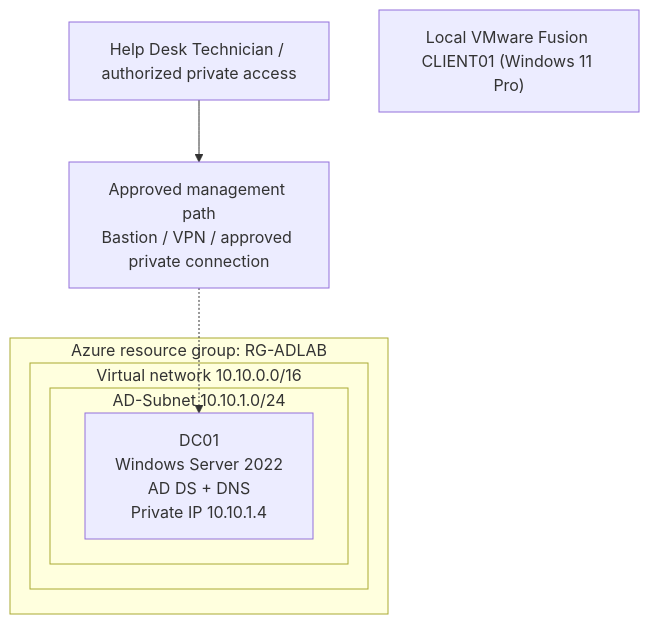
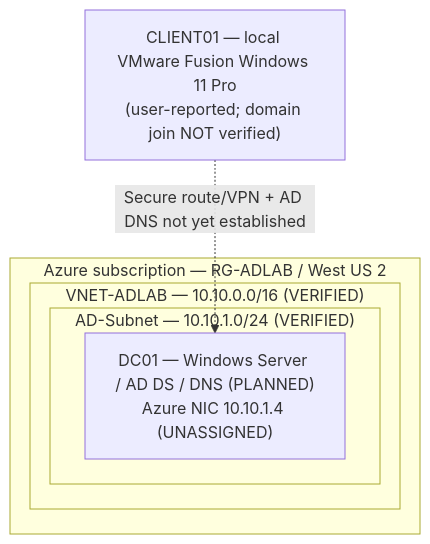
The diagram in README.md (dbates91/azure-virtual-network-foundations), drawn with Mermaid before and after one commit. The commit also changed other lines of this file and 4 other files, not shown here.

Commit message:
docs: update README with verified Azure networking and screenshot evidence

````diff
--- a/README.md
+++ b/README.md
@@ -24,14 +56,12 @@
 ```mermaid
 flowchart TB
-    Tech[Help Desk Technician / authorized private access] --> Secure[Approved management path\nBastion / VPN / approved private connection]
-    subgraph Azure[Azure resource group: RG-ADLAB]
-      subgraph VNet[Virtual network 10.10.0.0/16]
-        subgraph Subnet[AD-Subnet 10.10.1.0/24]
-          DC[DC01\nWindows Server 2022\nAD DS + DNS\nPrivate IP 10.10.1.4]
-
+    subgraph Azure["Azure subscription — RG-ADLAB / West US 2"]
+        subgraph VNET["VNET-ADLAB — 10.10.0.0/16 (VERIFIED)"]
+            subgraph Subnet["AD-Subnet — 10.10.1.0/24 (VERIFIED)"]
+                DC["DC01 — Windows Server / AD DS / DNS (PLANNED)\nAzure NIC 10.10.1.4 (UNASSIGNED)"]
+            end
         end
-      end
     end
-    Secure -.-> DC
-    VMware["Local VMware Fusion CLIENT01 (Windows 11 Pro)"]
+    Client["CLIENT01 — local VMware Fusion Windows 11 Pro\n(user-reported; domain join NOT verified)"]
+    Client -. "Secure route/VPN + AD DNS not yet established" .-> DC
 ```
````
